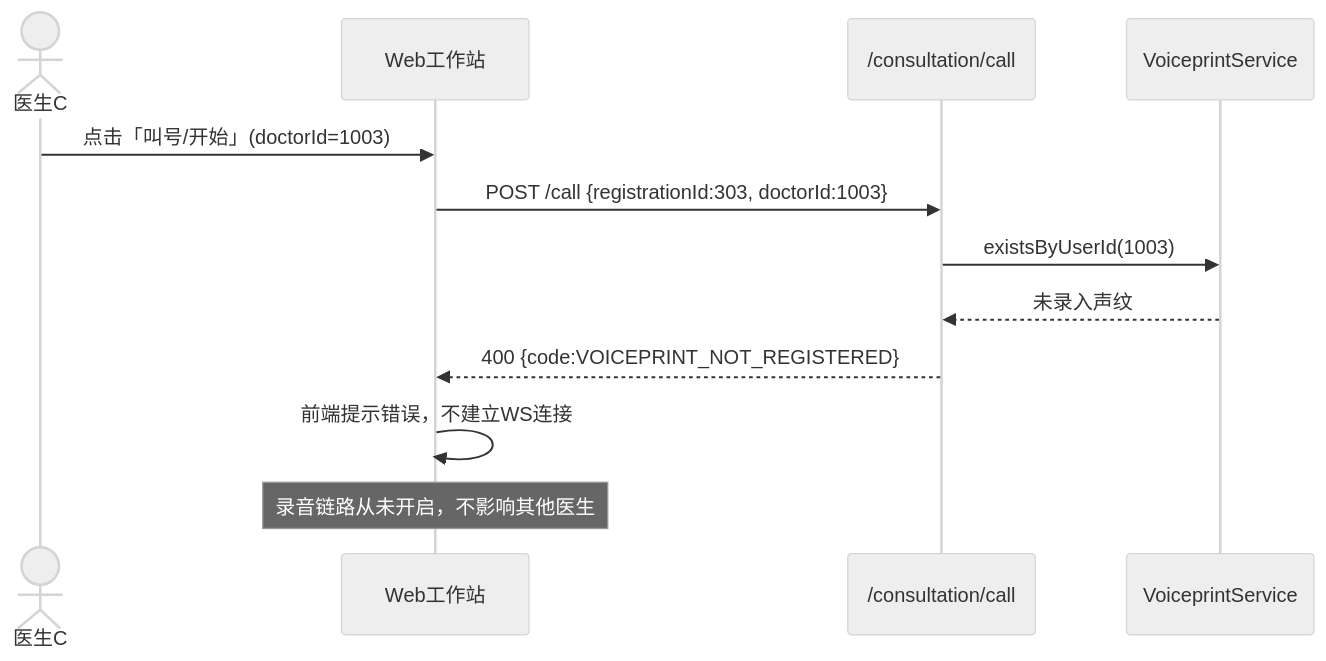
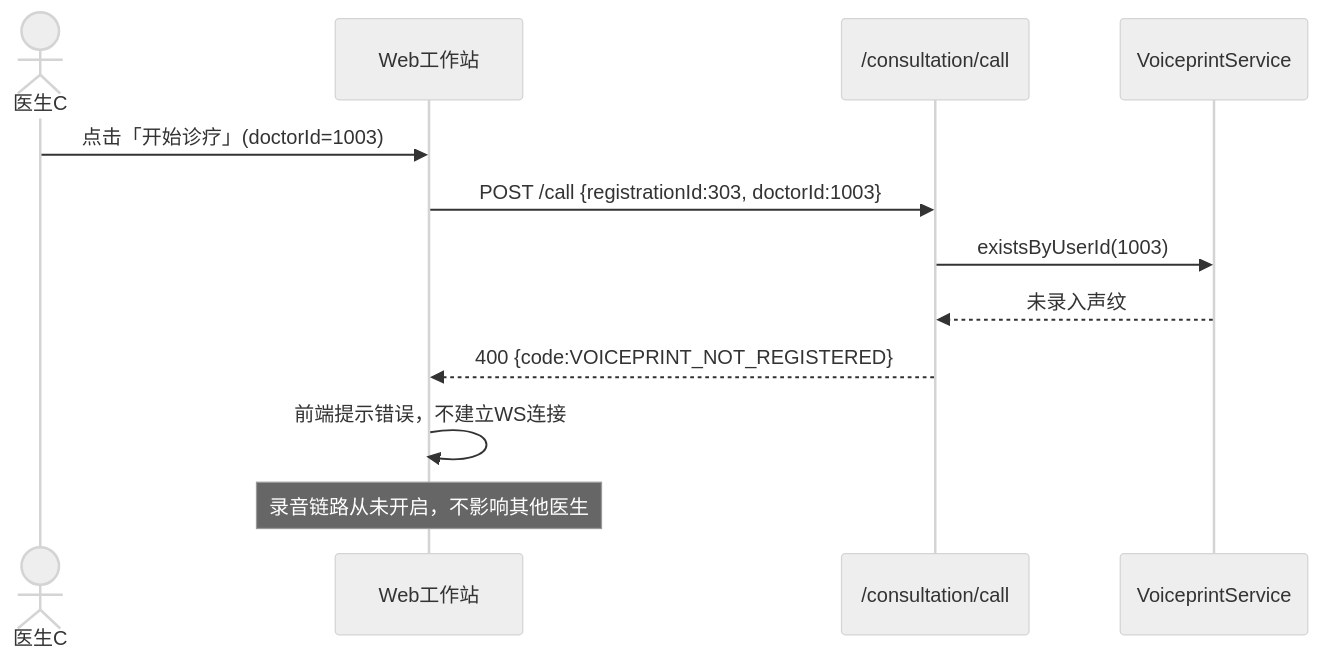
One commit to Gamehu/pictures-bed changed the third of 6 diagrams in uml/goodsop/v1.5-recording/web-recording.md. Above: the diagram before and after it, drawn with Mermaid (neutral theme). The commit also changed other lines of this file and 2 other files, not shown here.

First line of the commit message:
docs: 统一术语「叫号」→「开始诊疗」

````diff
--- a/uml/goodsop/v1.5-recording/web-recording.md
+++ b/uml/goodsop/v1.5-recording/web-recording.md
@@ -260,15 +260,15 @@
 ```mermaid
 sequenceDiagram
     actor 医生C
     participant WEB as Web工作站
     participant CallAPI as /consultation/call
     participant VP as VoiceprintService
 
-    医生C ->> WEB: 点击「叫号/开始」(doctorId=1003)
+    医生C ->> WEB: 点击「开始诊疗」(doctorId=1003)
     WEB ->> CallAPI: POST /call {registrationId:303, doctorId:1003}
     CallAPI ->> VP: existsByUserId(1003)
     VP -->> CallAPI: 未录入声纹
     CallAPI -->> WEB: 400 {code:VOICEPRINT_NOT_REGISTERED}
     WEB ->> WEB: 前端提示错误，不建立WS连接
     Note over WEB: 录音链路从未开启，不影响其他医生
 ```
````
